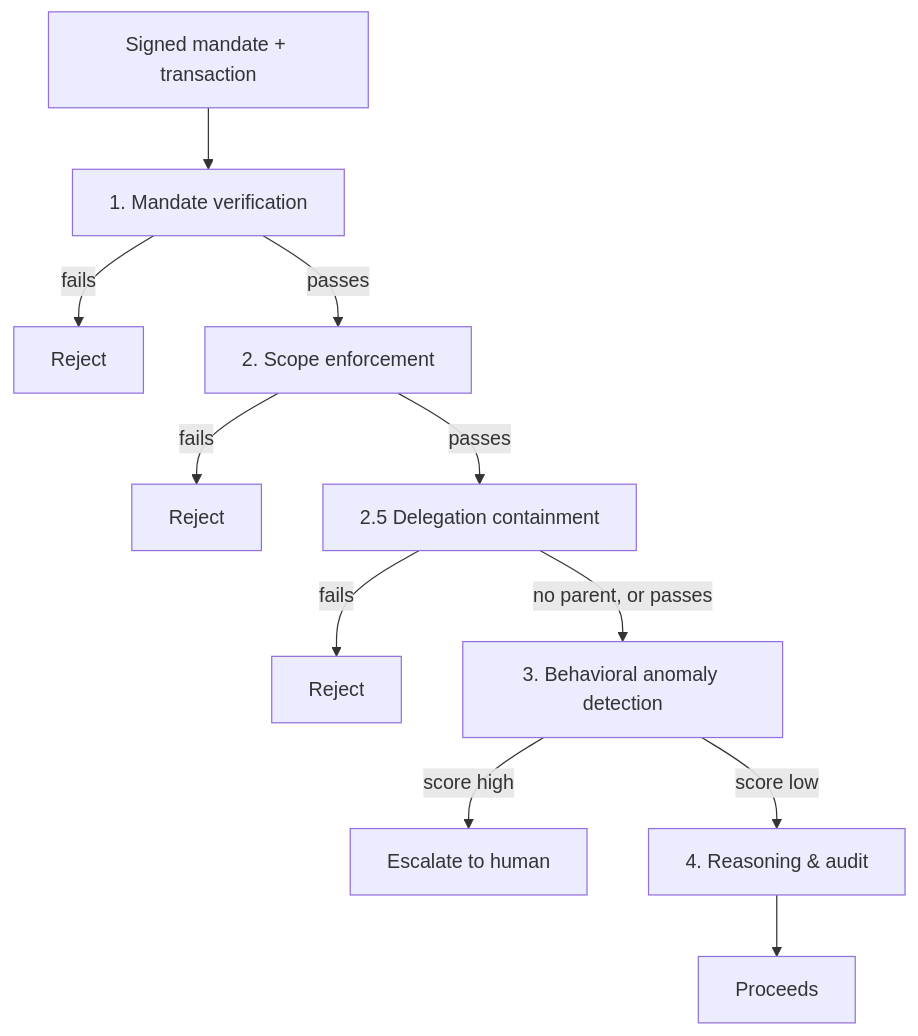
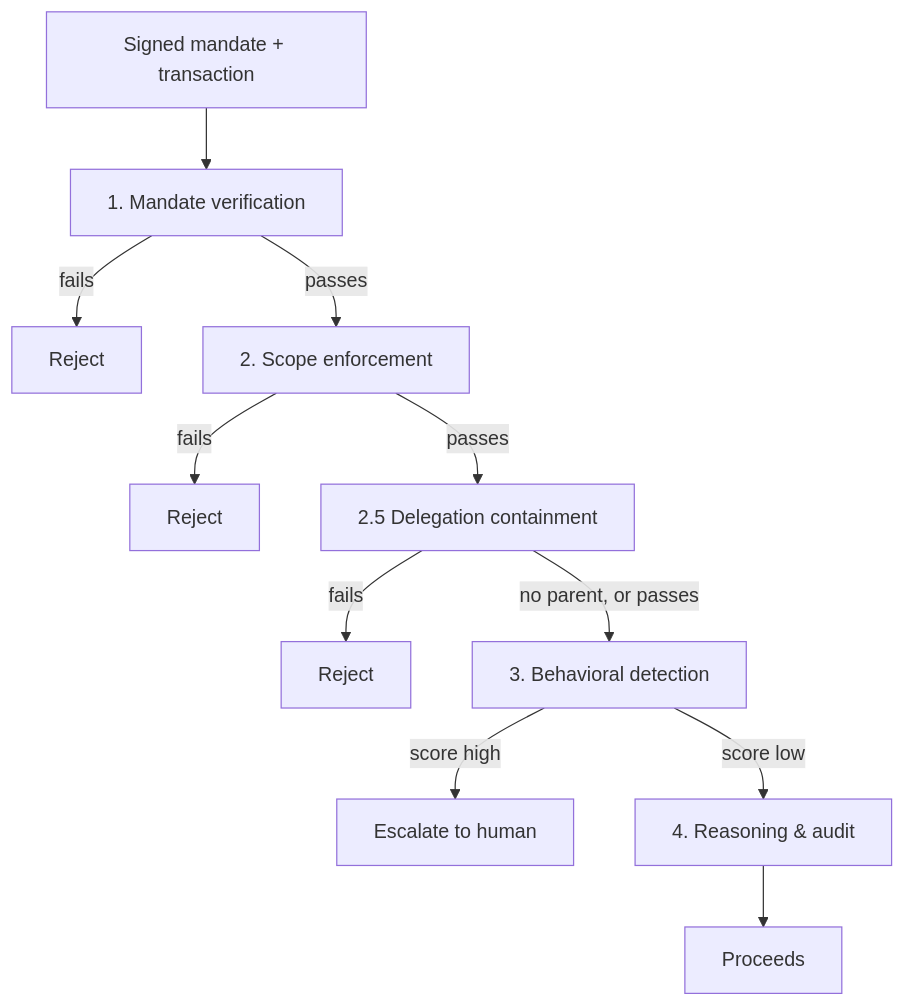
Before and after one commit to cfcmadlad/agentic-commerce-sentinel: the diagram in README.md, drawn with Mermaid. The commit also changed other lines of this file and 8 other files, not shown here.

````diff
--- a/README.md
+++ b/README.md
@@ -69,12 +39,12 @@
 ```mermaid
 flowchart TD
     A["Signed mandate + transaction"] --> L1["1. Mandate verification"]
     L1 -->|fails| R1["Reject"]
     L1 -->|passes| L2["2. Scope enforcement"]
     L2 -->|fails| R2["Reject"]
     L2 -->|passes| L25["2.5 Delegation containment"]
     L25 -->|fails| R25["Reject"]
-    L25 -->|no parent, or passes| L3["3. Behavioral anomaly detection"]
+    L25 -->|no parent, or passes| L3["3. Behavioral detection"]
     L3 -->|score high| ESC["Escalate to human"]
     L3 -->|score low| L4["4. Reasoning & audit"] --> OUT["Proceeds"]
 ```
````
